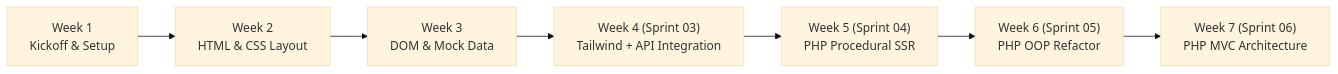
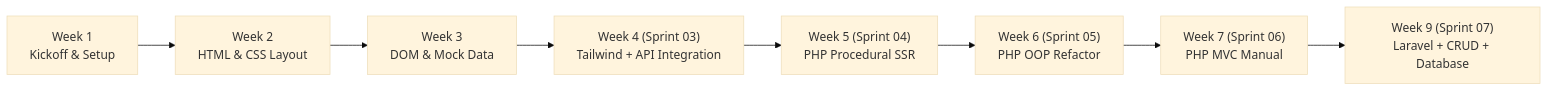
One commit to Erlinrsa/Book-Track changed the first of 2 diagrams in README.md. Above: the diagram before and after it, drawn with Mermaid (base theme). The commit also changed other lines of this file and 8 other files, not shown here.

Commit message:
feat(week9): build blade views, crud routes, and front controller integration

````diff
--- a/README.md
+++ b/README.md
@@ -16,9 +16,10 @@
 ```mermaid
 flowchart LR
     W1["Week 1<br/>Kickoff & Setup"] --> W2["Week 2<br/>HTML & CSS Layout"]
     W2 --> W3["Week 3<br/>DOM & Mock Data"]
     W3 --> W4["Week 4 (Sprint 03)<br/>Tailwind + API Integration"]
     W4 --> W5["Week 5 (Sprint 04)<br/>PHP Procedural SSR"]
     W5 --> W6["Week 6 (Sprint 05)<br/>PHP OOP Refactor"]
-    W6 --> W7["Week 7 (Sprint 06)<br/>PHP MVC Architecture"]
+    W6 --> W7["Week 7 (Sprint 06)<br/>PHP MVC Manual"]
+    W7 --> W9["Week 9 (Sprint 07)<br/>Laravel + CRUD + Database"]
 ```
````
